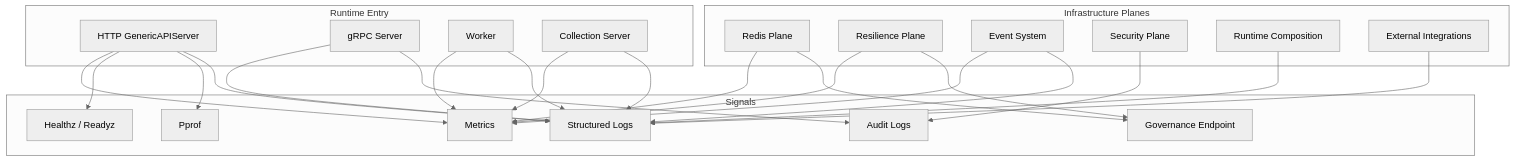
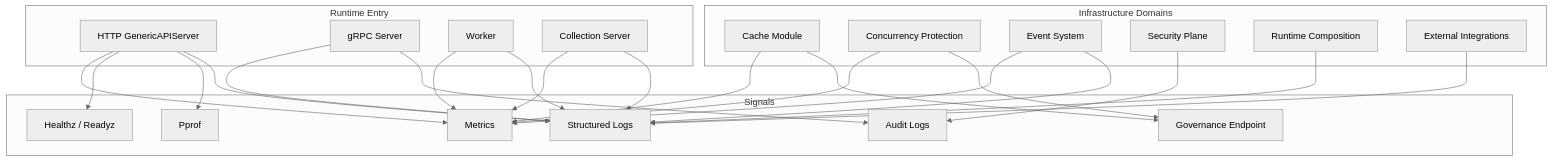
One commit to FangcunMount/qs-server changed the diagram in docs/03-基础设施/observability/00-整体架构.md. Above: the diagram before and after it, drawn with Mermaid (neutral theme). The commit also changed 69 other files, not shown here.

````diff
--- a/docs/03-基础设施/observability/00-整体架构.md
+++ b/docs/03-基础设施/observability/00-整体架构.md
@@ -27,48 +27,48 @@
 ```mermaid
 flowchart TB
     subgraph Entry["Runtime Entry"]
         http["HTTP GenericAPIServer"]
         grpc["gRPC Server"]
         worker["Worker"]
         collection["Collection Server"]
     end
 
     subgraph Signals["Signals"]
         metrics["Metrics"]
         health["Healthz / Readyz"]
         pprof["Pprof"]
         logs["Structured Logs"]
         audit["Audit Logs"]
         gov["Governance Endpoint"]
     end
 
-    subgraph Planes["Infrastructure Planes"]
-        redis["Redis Plane"]
-        resilience["Resilience Plane"]
+    subgraph Planes["Infrastructure Domains"]
+        redis["Cache Module"]
+        resilience["Concurrency Protection"]
         event["Event System"]
         security["Security Plane"]
         runtime["Runtime Composition"]
         integrations["External Integrations"]
     end
 
     http --> metrics
     http --> health
     http --> pprof
     http --> logs
     grpc --> logs
     grpc --> audit
     worker --> metrics
     worker --> logs
     collection --> metrics
     collection --> logs
 
     redis --> metrics
     redis --> gov
     resilience --> metrics
     resilience --> gov
     event --> metrics
     event --> logs
     security --> audit
     runtime --> logs
     integrations --> logs
 ```
````
